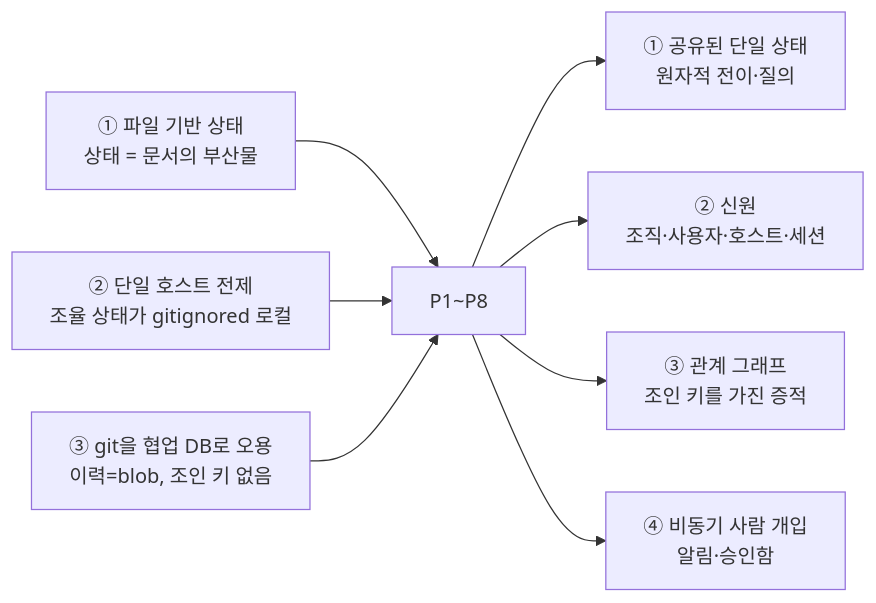
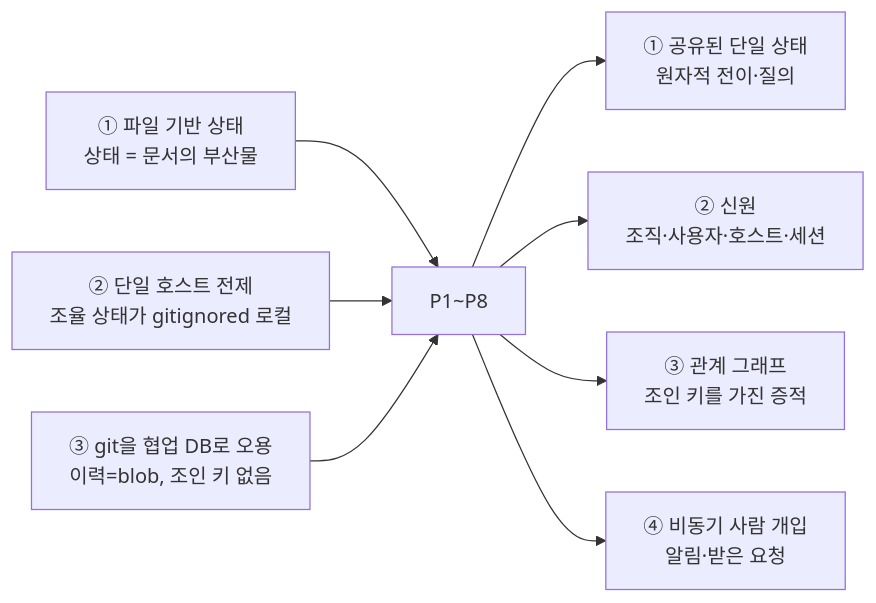
The first of 2 diagrams in docs/01-problem/pain-points.md (worker-ants/nerv), drawn with Mermaid before and after one commit. The commit also changed other lines of this file and 76 other files, not shown here.

````diff
--- a/docs/01-problem/pain-points.md
+++ b/docs/01-problem/pain-points.md
@@ -185,10 +187,10 @@
 ```mermaid
 flowchart LR
   A1["① 파일 기반 상태<br/>상태 = 문서의 부산물"] --> P["P1~P8"]
   A2["② 단일 호스트 전제<br/>조율 상태가 gitignored 로컬"] --> P
   A3["③ git을 협업 DB로 오용<br/>이력=blob, 조인 키 없음"] --> P
   P --> C1["① 공유된 단일 상태<br/>원자적 전이·질의"]
   P --> C2["② 신원<br/>조직·사용자·호스트·세션"]
   P --> C3["③ 관계 그래프<br/>조인 키를 가진 증적"]
-  P --> C4["④ 비동기 사람 개입<br/>알림·승인함"]
+  P --> C4["④ 비동기 사람 개입<br/>알림·받은 요청"]
 ```
````
